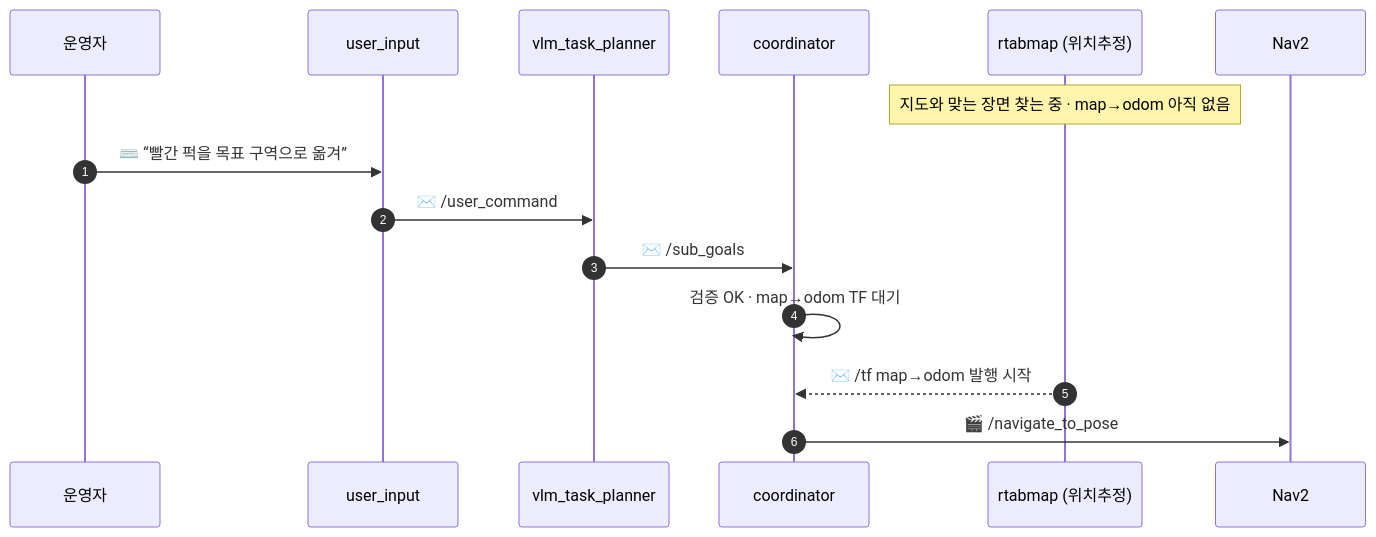
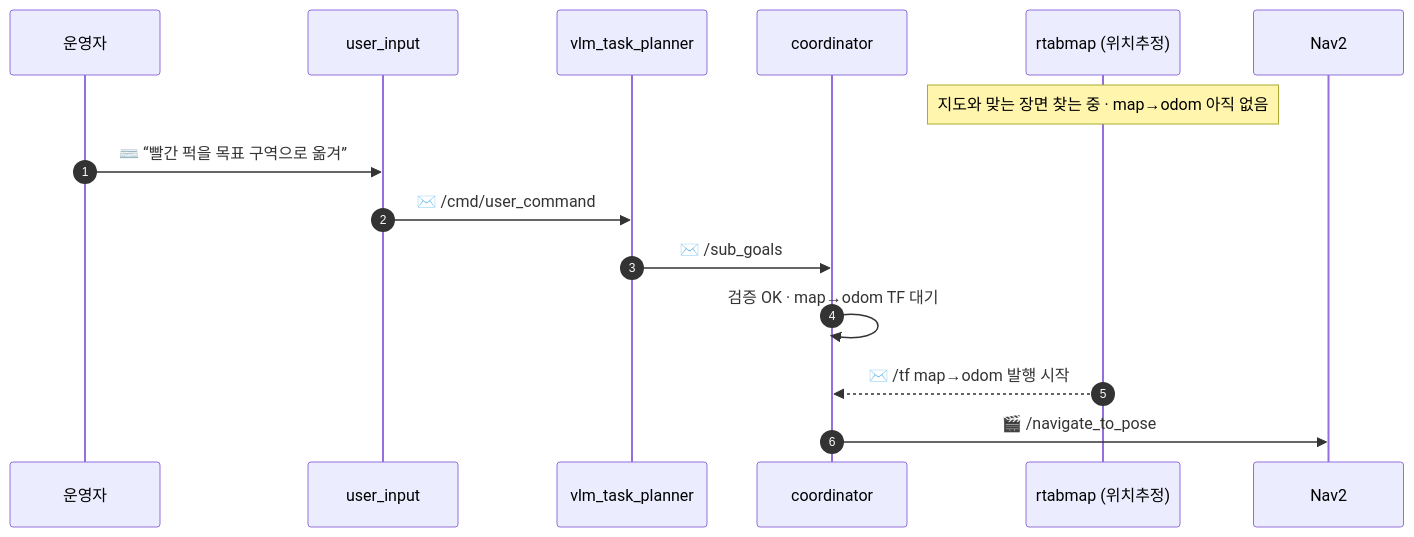
Before and after one commit to SeungHye-J/Lv2_bee_Assignment: the sixth of 6 diagrams in documents/ros2-design/13-scenario.md, drawn with Mermaid. The commit also changed other lines of this file and 2572 other files, not shown here.

````diff
--- a/documents/ros2-design/13-scenario.md
+++ b/documents/ros2-design/13-scenario.md
@@ -236,17 +236,17 @@
 ```mermaid
 sequenceDiagram
     autonumber
     participant U as 운영자
     participant I as user_input
     participant V as vlm_task_planner
     participant C as coordinator
     participant T as rtabmap (위치추정)
     participant N as Nav2
     Note over T: 지도와 맞는 장면 찾는 중 · map→odom 아직 없음
     U->>I: ⌨️ “빨간 퍽을 목표 구역으로 옮겨”
-    I->>V: ✉️ /user_command
+    I->>V: ✉️ /cmd/user_command
     V->>C: ✉️ /sub_goals
     C->>C: 검증 OK · map→odom TF 대기
     T-->>C: ✉️ /tf map→odom 발행 시작
     C->>N: 🎬 /navigate_to_pose
 ```
````
